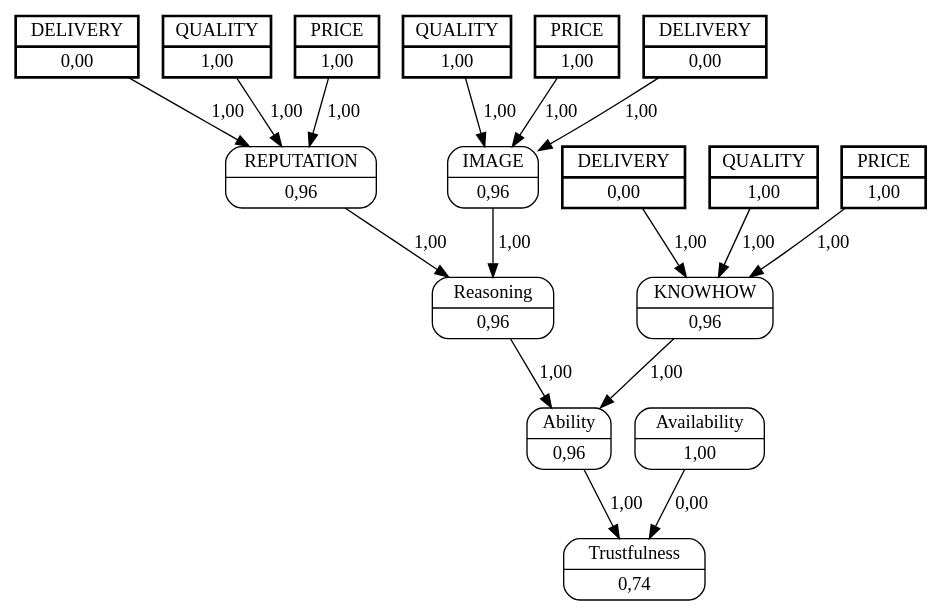
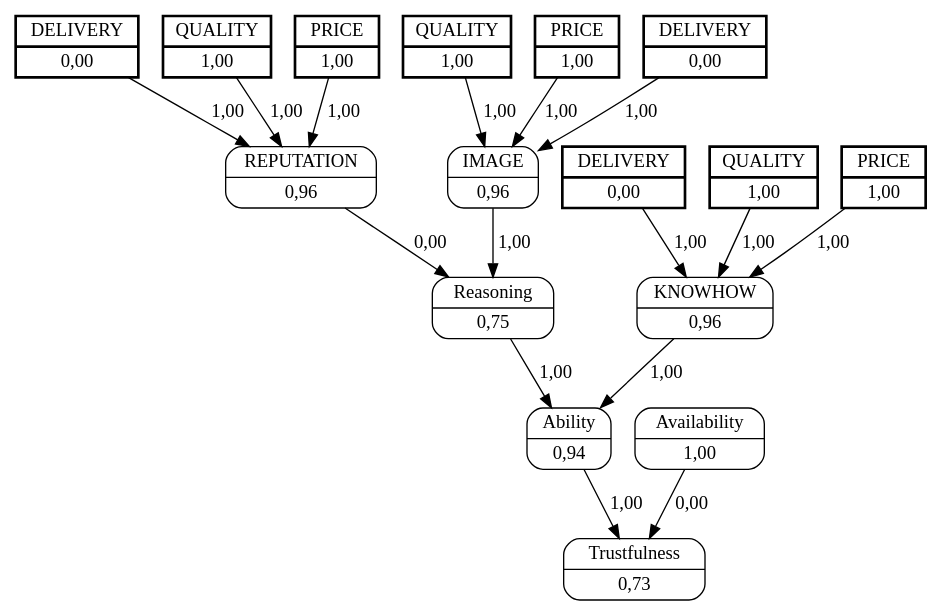
The diagram in unload_boxes/dots/buyerC3sellerA6.dot (jjbaqueta/unload_experiment), drawn with Graphviz before and after one commit. The commit also changed 156 other files, not shown here.

```diff
--- a/unload_boxes/dots/buyerC3sellerA6.dot
+++ b/unload_boxes/dots/buyerC3sellerA6.dot
@@ -1,39 +1,39 @@
 digraph FCM_net{
 	node [shape=record, style=rounded]
 	7 [label="{QUALITY | 1,00}", style=bold, penwidth=2, peripheries=2];
 	8 [label="{PRICE | 1,00}", style=bold, penwidth=2, peripheries=2];
 	9 [label="{DELIVERY | 0,00}", style=bold, penwidth=2, peripheries=2];
 	10 [label="{QUALITY | 1,00}", style=bold, penwidth=2, peripheries=2];
 	11 [label="{PRICE | 1,00}", style=bold, penwidth=2, peripheries=2];
 	12 [label="{DELIVERY | 0,00}", style=bold, penwidth=2, peripheries=2];
 	13 [label="{QUALITY | 1,00}", style=bold, penwidth=2, peripheries=2];
 	14 [label="{PRICE | 1,00}", style=bold, penwidth=2, peripheries=2];
 	15 [label="{DELIVERY | 0,00}", style=bold, penwidth=2, peripheries=2];
 	0 [label="{IMAGE | 0,96}"];
 	1 [label="{REPUTATION | 0,96}"];
 	2 [label="{KNOWHOW | 0,96}"];
-	3 [label="{Reasoning | 0,96}"];
-	4 [label="{Ability | 0,96}"];
+	3 [label="{Reasoning | 0,75}"];
+	4 [label="{Ability | 0,94}"];
 	5 [label="{Availability | 1,00}"];
-	6 [label="{Trustfulness | 0,74}"];
+	6 [label="{Trustfulness | 0,73}"];
 	7 [label="{QUALITY | 1,00}"];
 	8 [label="{PRICE | 1,00}"];
 	9 [label="{DELIVERY | 0,00}"];
 	11 [label="{PRICE | 1,00}"];
 	13 [label="{QUALITY | 1,00}"];
 	0 -> 3 [label = "1,00"];
-	1 -> 3 [label = "1,00"];
+	1 -> 3 [label = "0,00"];
 	3 -> 4 [label = "1,00"];
 	2 -> 4 [label = "1,00"];
 	4 -> 6 [label = "1,00"];
 	5 -> 6 [label = "0,00"];
 	7 -> 0 [label = "1,00"];
 	8 -> 0 [label = "1,00"];
 	9 -> 0 [label = "1,00"];
 	10 -> 1 [label = "1,00"];
 	11 -> 1 [label = "1,00"];
 	12 -> 1 [label = "1,00"];
 	13 -> 2 [label = "1,00"];
 	14 -> 2 [label = "1,00"];
 	15 -> 2 [label = "1,00"];
 }
```
